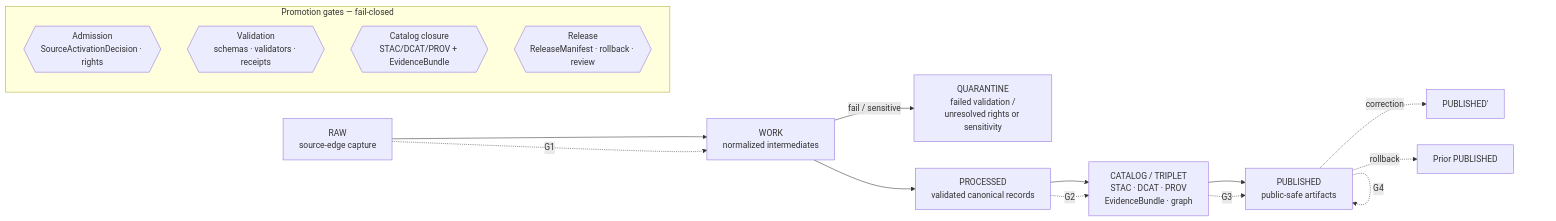
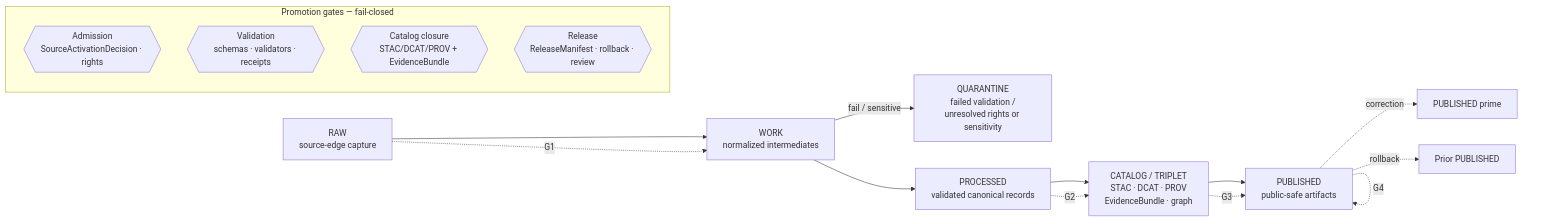
Before and after one commit to bartytime4life/Kansas-Frontier-Matrix: the diagram in docs/domains/hydrology/RELEASE_INDEX.md, drawn with Mermaid. The commit also changed other lines of this file, not shown here.

````diff
--- a/docs/domains/hydrology/RELEASE_INDEX.md
+++ b/docs/domains/hydrology/RELEASE_INDEX.md
@@ -196,30 +232,30 @@
 ```mermaid
 flowchart LR
     RAW[RAW<br/>source-edge capture]
     WORK[WORK<br/>normalized intermediates]
     QUAR[QUARANTINE<br/>failed validation /<br/>unresolved rights or sensitivity]
     PROC[PROCESSED<br/>validated canonical records]
     CAT[CATALOG / TRIPLET<br/>STAC · DCAT · PROV<br/>EvidenceBundle · graph]
     PUB[PUBLISHED<br/>public-safe artifacts]
 
     RAW --> WORK
     WORK -->|fail / sensitive| QUAR
     WORK --> PROC
     PROC --> CAT
     CAT --> PUB
 
-    PUB -. correction .-> PUB2[PUBLISHED']
+    PUB -. correction .-> PUB2["PUBLISHED prime"]
     PUB -. rollback .-> PRIOR[Prior PUBLISHED]
 
     subgraph Gates [Promotion gates — fail-closed]
       G1{{Admission<br/>SourceActivationDecision · rights}}
       G2{{Validation<br/>schemas · validators · receipts}}
       G3{{Catalog closure<br/>STAC/DCAT/PROV + EvidenceBundle}}
       G4{{Release<br/>ReleaseManifest · rollback · review}}
     end
 
     RAW -. G1 .-> WORK
     PROC -. G2 .-> CAT
     CAT -. G3 .-> PUB
     PUB -. G4 .-> PUB
 ```
````
